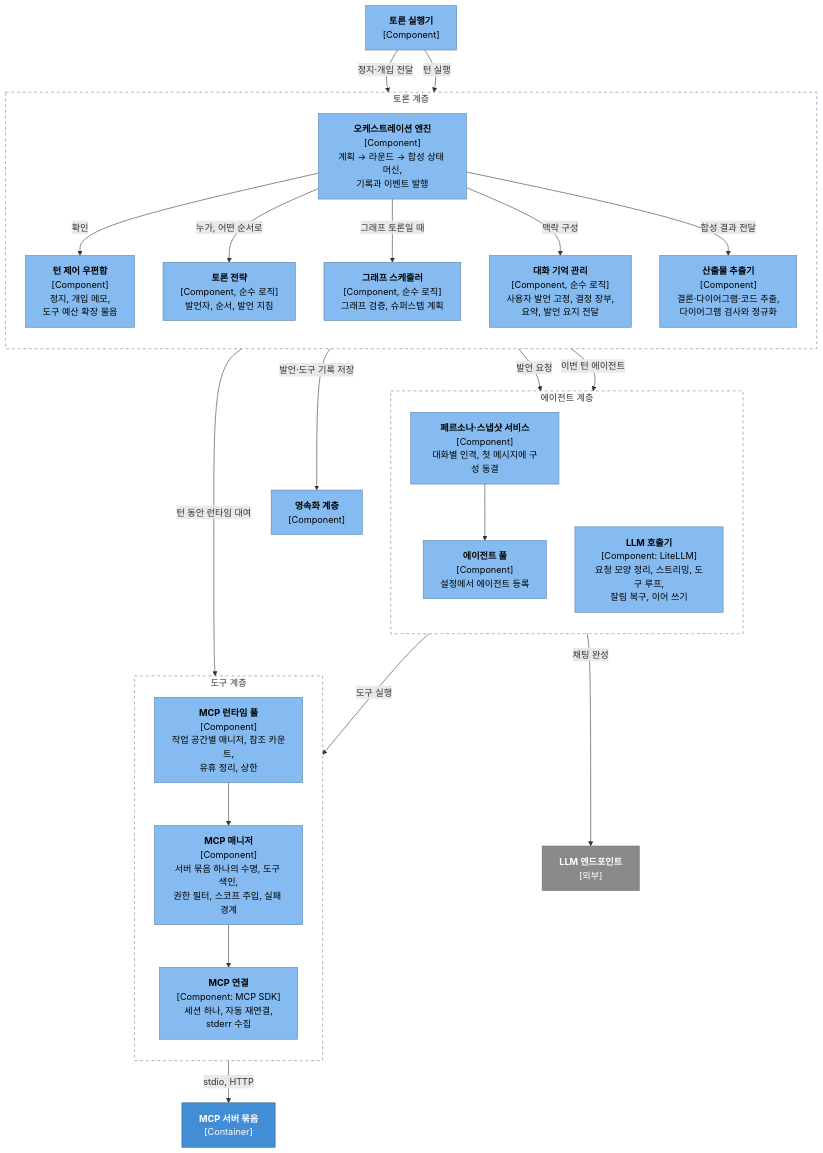
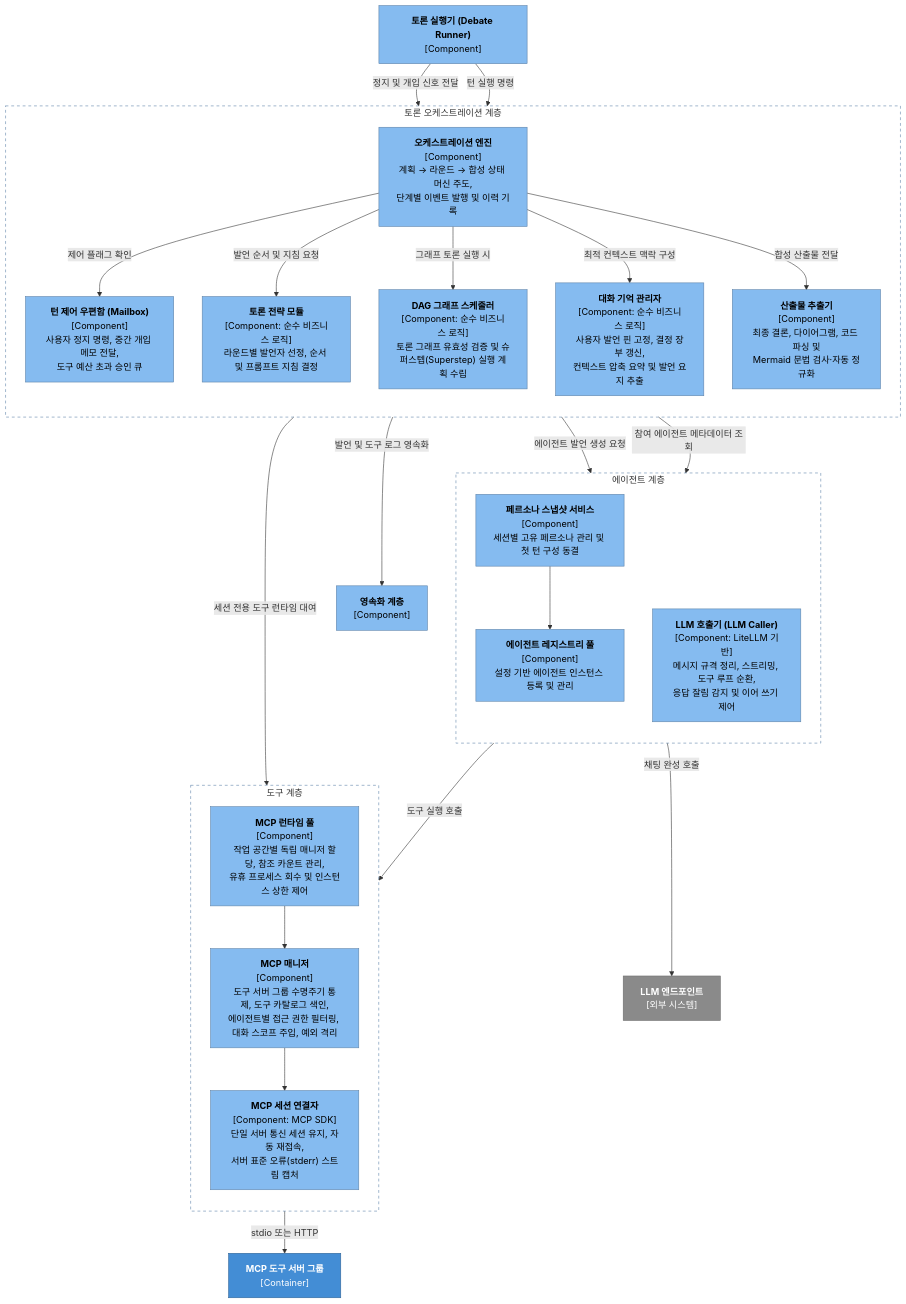
One commit to HaJaehee/MultiAgentDebateAndOrchestrationPlatform changed the fourth of 7 diagrams in lectures/03-architecture/01-static-view.md. Above: the diagram before and after it, drawn with Mermaid. The commit also changed other lines of this file and 39 other files, not shown here.

````diff
--- a/lectures/03-architecture/01-static-view.md
+++ b/lectures/03-architecture/01-static-view.md
@@ -194,60 +174,60 @@
 ```mermaid
 flowchart TB
-    runner["<b>토론 실행기</b><br/>[Component]"]
+    runner["<b>토론 실행기 (Debate Runner)</b><br/>[Component]"]
 
-    subgraph debate["토론 계층"]
+    subgraph debate["토론 오케스트레이션 계층"]
         direction TB
-        engine["<b>오케스트레이션 엔진</b><br/>[Component]<br/>계획 → 라운드 → 합성 상태 머신,<br/>기록과 이벤트 발행"]
-        control["<b>턴 제어 우편함</b><br/>[Component]<br/>정지, 개입 메모,<br/>도구 예산 확장 물음"]
-        strategy["<b>토론 전략</b><br/>[Component, 순수 로직]<br/>발언자, 순서, 발언 지침"]
-        gsched["<b>그래프 스케줄러</b><br/>[Component, 순수 로직]<br/>그래프 검증, 슈퍼스텝 계획"]
-        memory["<b>대화 기억 관리</b><br/>[Component, 순수 로직]<br/>사용자 발언 고정, 결정 장부,<br/>요약, 발언 요지 전달"]
-        artifacts["<b>산출물 추출기</b><br/>[Component]<br/>결론·다이어그램·코드 추출,<br/>다이어그램 검사와 정규화"]
+        engine["<b>오케스트레이션 엔진</b><br/>[Component]<br/>계획 → 라운드 → 합성 상태 머신 주도,<br/>단계별 이벤트 발행 및 이력 기록"]
+        control["<b>턴 제어 우편함 (Mailbox)</b><br/>[Component]<br/>사용자 정지 명령, 중간 개입 메모 전달,<br/>도구 예산 초과 승인 큐"]
+        strategy["<b>토론 전략 모듈</b><br/>[Component: 순수 비즈니스 로직]<br/>라운드별 발언자 선정, 순서 및 프롬프트 지침 결정"]
+        gsched["<b>DAG 그래프 스케줄러</b><br/>[Component: 순수 비즈니스 로직]<br/>토론 그래프 유효성 검증 및 슈퍼스텝(Superstep) 실행 계획 수립"]
+        memory["<b>대화 기억 관리자</b><br/>[Component: 순수 비즈니스 로직]<br/>사용자 발언 핀 고정, 결정 장부 갱신,<br/>컨텍스트 압축 요약 및 발언 요지 추출"]
+        artifacts["<b>산출물 추출기</b><br/>[Component]<br/>최종 결론, 다이어그램, 코드 파싱 및<br/>Mermaid 문법 검사·자동 정규화"]
     end
 
     subgraph agents["에이전트 계층"]
         direction TB
-        pool["<b>에이전트 풀</b><br/>[Component]<br/>설정에서 에이전트 등록"]
-        persona["<b>페르소나·스냅샷 서비스</b><br/>[Component]<br/>대화별 인격, 첫 메시지에 구성 동결"]
-        llm["<b>LLM 호출기</b><br/>[Component: LiteLLM]<br/>요청 모양 정리, 스트리밍, 도구 루프,<br/>잘림 복구, 이어 쓰기"]
+        pool["<b>에이전트 레지스트리 풀</b><br/>[Component]<br/>설정 기반 에이전트 인스턴스 등록 및 관리"]
+        persona["<b>페르소나 스냅샷 서비스</b><br/>[Component]<br/>세션별 고유 페르소나 관리 및 첫 턴 구성 동결"]
+        llm["<b>LLM 호출기 (LLM Caller)</b><br/>[Component: LiteLLM 기반]<br/>메시지 규격 정리, 스트리밍, 도구 루프 순환,<br/>응답 잘림 감지 및 이어 쓰기 제어"]
     end
 
     subgraph tools["도구 계층"]
         direction TB
-        rtpool["<b>MCP 런타임 풀</b><br/>[Component]<br/>작업 공간별 매니저, 참조 카운트,<br/>유휴 정리, 상한"]
-        mgr["<b>MCP 매니저</b><br/>[Component]<br/>서버 묶음 하나의 수명, 도구 색인,<br/>권한 필터, 스코프 주입, 실패 경계"]
-        conn["<b>MCP 연결</b><br/>[Component: MCP SDK]<br/>세션 하나, 자동 재연결,<br/>stderr 수집"]
+        rtpool["<b>MCP 런타임 풀</b><br/>[Component]<br/>작업 공간별 독립 매니저 할당, 참조 카운트 관리,<br/>유휴 프로세스 회수 및 인스턴스 상한 제어"]
+        mgr["<b>MCP 매니저</b><br/>[Component]<br/>도구 서버 그룹 수명주기 통제, 도구 카탈로그 색인,<br/>에이전트별 접근 권한 필터링, 대화 스코프 주입, 예외 격리"]
+        conn["<b>MCP 세션 연결자</b><br/>[Component: MCP SDK]<br/>단일 서버 통신 세션 유지, 자동 재접속,<br/>서버 표준 오류(stderr) 스트림 캡처"]
     end
 
     persist["<b>영속화 계층</b><br/>[Component]"]
-    llmext["<b>LLM 엔드포인트</b><br/>[외부]"]
-    servers["<b>MCP 서버 묶음</b><br/>[Container]"]
+    llmext["<b>LLM 엔드포인트</b><br/>[외부 시스템]"]
+    servers["<b>MCP 도구 서버 그룹</b><br/>[Container]"]
 
-    runner -->|"턴 실행"| engine
-    runner -->|"정지·개입 전달"| control
-    engine -->|"확인"| control
-    engine -->|"누가, 어떤 순서로"| strategy
-    engine -->|"그래프 토론일 때"| gsched
-    engine -->|"맥락 구성"| memory
-    engine -->|"합성 결과 전달"| artifacts
-    engine -->|"이번 턴 에이전트"| persona
+    runner -->|"턴 실행 명령"| engine
+    runner -->|"정지 및 개입 신호 전달"| control
+    engine -->|"제어 플래그 확인"| control
+    engine -->|"발언 순서 및 지침 요청"| strategy
+    engine -->|"그래프 토론 실행 시"| gsched
+    engine -->|"최적 컨텍스트 맥락 구성"| memory
+    engine -->|"합성 산출물 전달"| artifacts
+    engine -->|"참여 에이전트 메타데이터 조회"| persona
     persona --> pool
-    engine -->|"발언 요청"| llm
-    engine -->|"턴 동안 런타임 대여"| rtpool
-    engine -->|"발언·도구 기록 저장"| persist
-    llm -->|"도구 실행"| mgr
-    llm -->|"채팅 완성"| llmext
+    engine -->|"에이전트 발언 생성 요청"| llm
+    engine -->|"세션 전용 도구 런타임 대여"| rtpool
+    engine -->|"발언 및 도구 로그 영속화"| persist
+    llm -->|"도구 실행 호출"| mgr
+    llm -->|"채팅 완성 호출"| llmext
     rtpool --> mgr
     mgr --> conn
-    conn -->|"stdio, HTTP"| servers
+    conn -->|"stdio 또는 HTTP"| servers
 
     classDef component fill:#85bbf0,stroke:#5d82a8,color:#000000
     classDef container fill:#438dd5,stroke:#2e6295,color:#ffffff
     classDef external fill:#8a8a8a,stroke:#6b6b6b,color:#ffffff
     class runner,engine,control,strategy,gsched,memory,artifacts,pool,persona,llm,rtpool,mgr,conn,persist component
     class servers container
     class llmext external
     style debate fill:none,stroke:#5d82a8,stroke-dasharray:5 5
     style agents fill:none,stroke:#5d82a8,stroke-dasharray:5 5
     style tools fill:none,stroke:#5d82a8,stroke-dasharray:5 5
 ```
````
